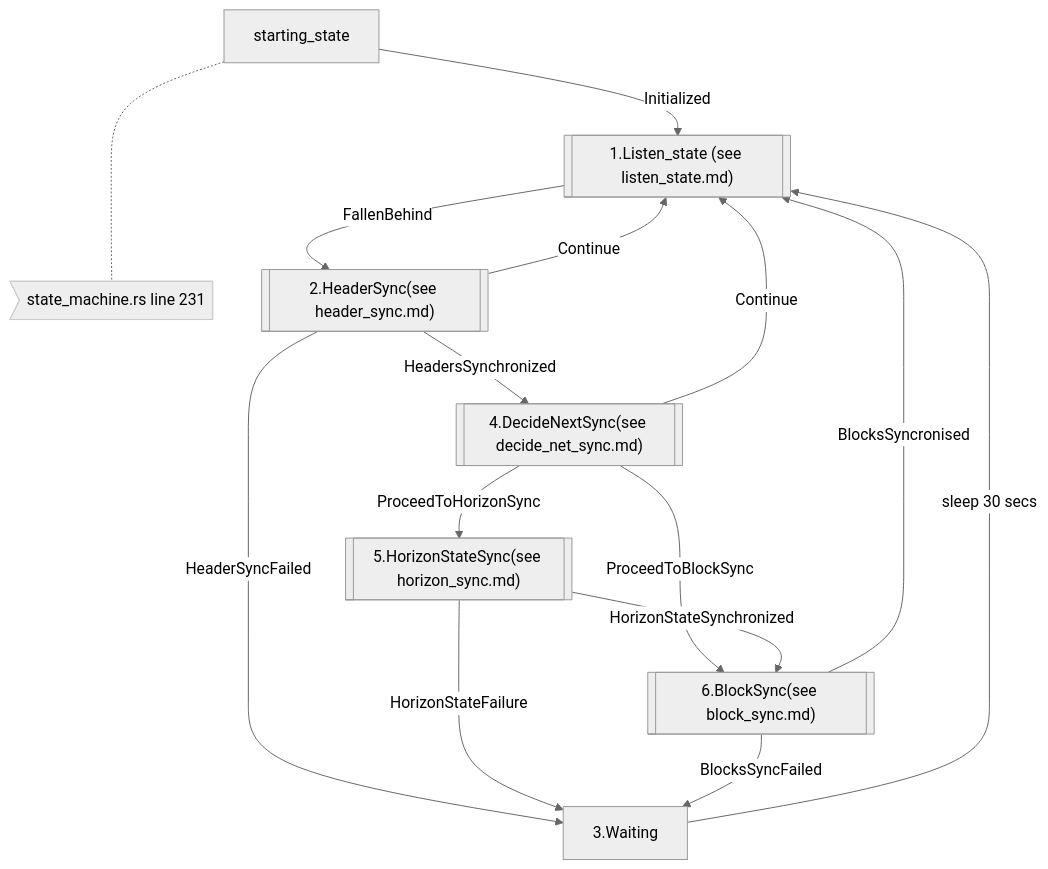
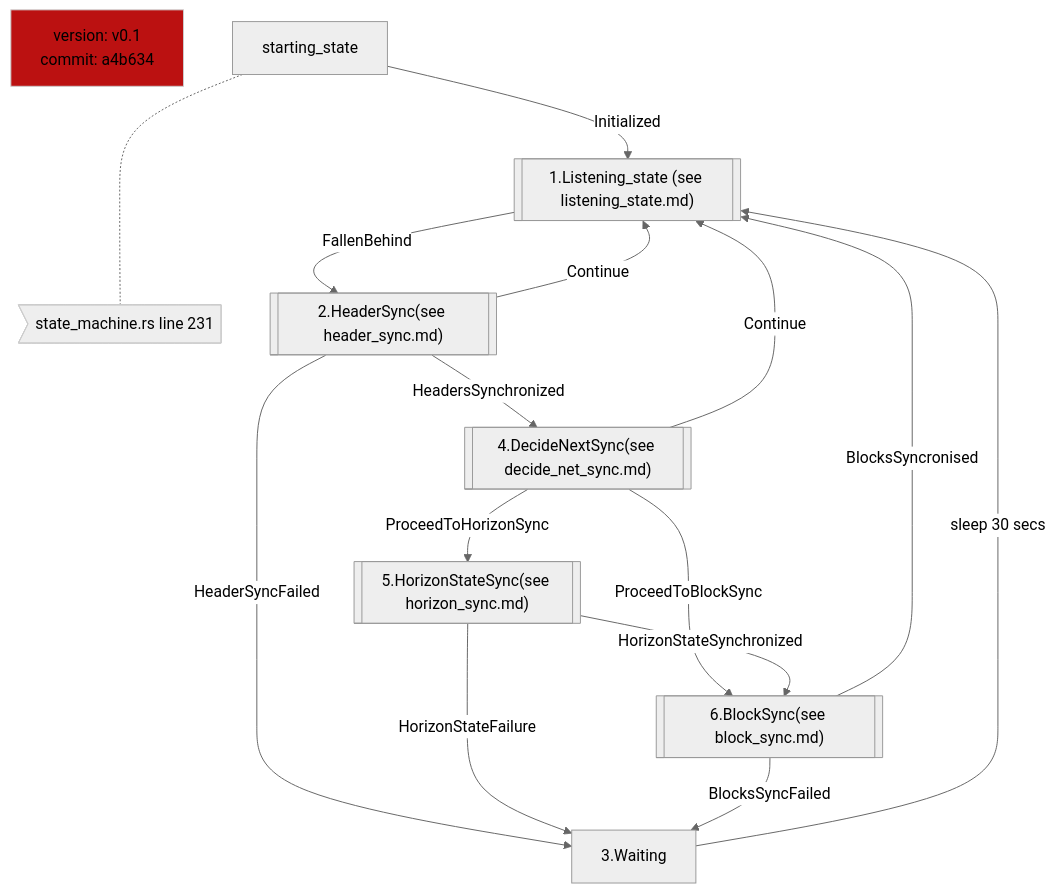
The diagram in docs/src/diagrams/state_machine.md (tari-project/tari), drawn with Mermaid (neutral theme) before and after one commit.

Commit message:
add commit to statediag

````diff
--- a/docs/src/diagrams/state_machine.md
+++ b/docs/src/diagrams/state_machine.md
@@ -2,20 +2,23 @@
 ```mermaid
 flowchart TD
+    N2[version: v0.1</br>commit: a4b634]
     A -..- N1>state_machine.rs line 231]
-    A[starting_state] --> |Initialized|B[["1.Listen_state (see listen_state.md)"]]
+    A[starting_state] --> |Initialized|B[["1.Listening_state (see listening_state.md)"]]
     B --> |FallenBehind| C[["2.HeaderSync(see header_sync.md)"]]
     C --> |Continue|B
     C --> |HeaderSyncFailed|D[3.Waiting]
     D --> |sleep 30 secs|B
     C --> |HeadersSynchronized|E[["4.DecideNextSync(see decide_net_sync.md)"]]
     E --> |Continue|B
     E --> |ProceedToHorizonSync|F[["5.HorizonStateSync(see horizon_sync.md)"]]
     E --> |ProceedToBlockSync|G[["6.BlockSync(see block_sync.md)"]]
     F --> |HorizonStateSynchronized|G
     F --> |HorizonStateFailure|D
     G --> |BlocksSyncronised|B
     G --> |BlocksSyncFailed|D
 
     N1:::note
+    N2:::meta
     classDef note fill:#eee,stroke:#ccc
+    classDef meta fill:#b11,stroke:#ccc
 ```
````
